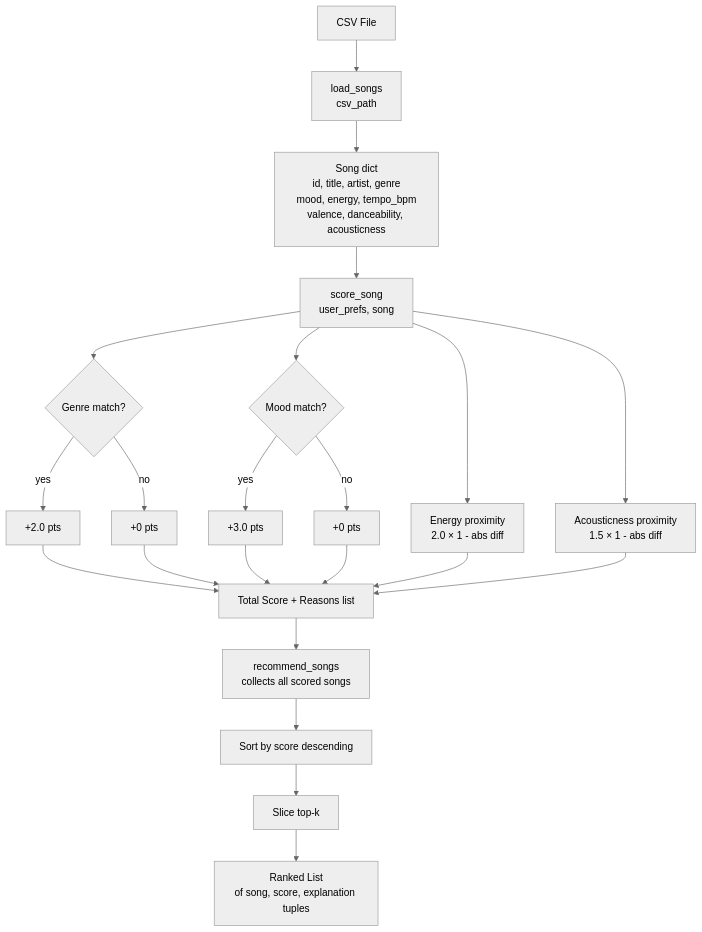
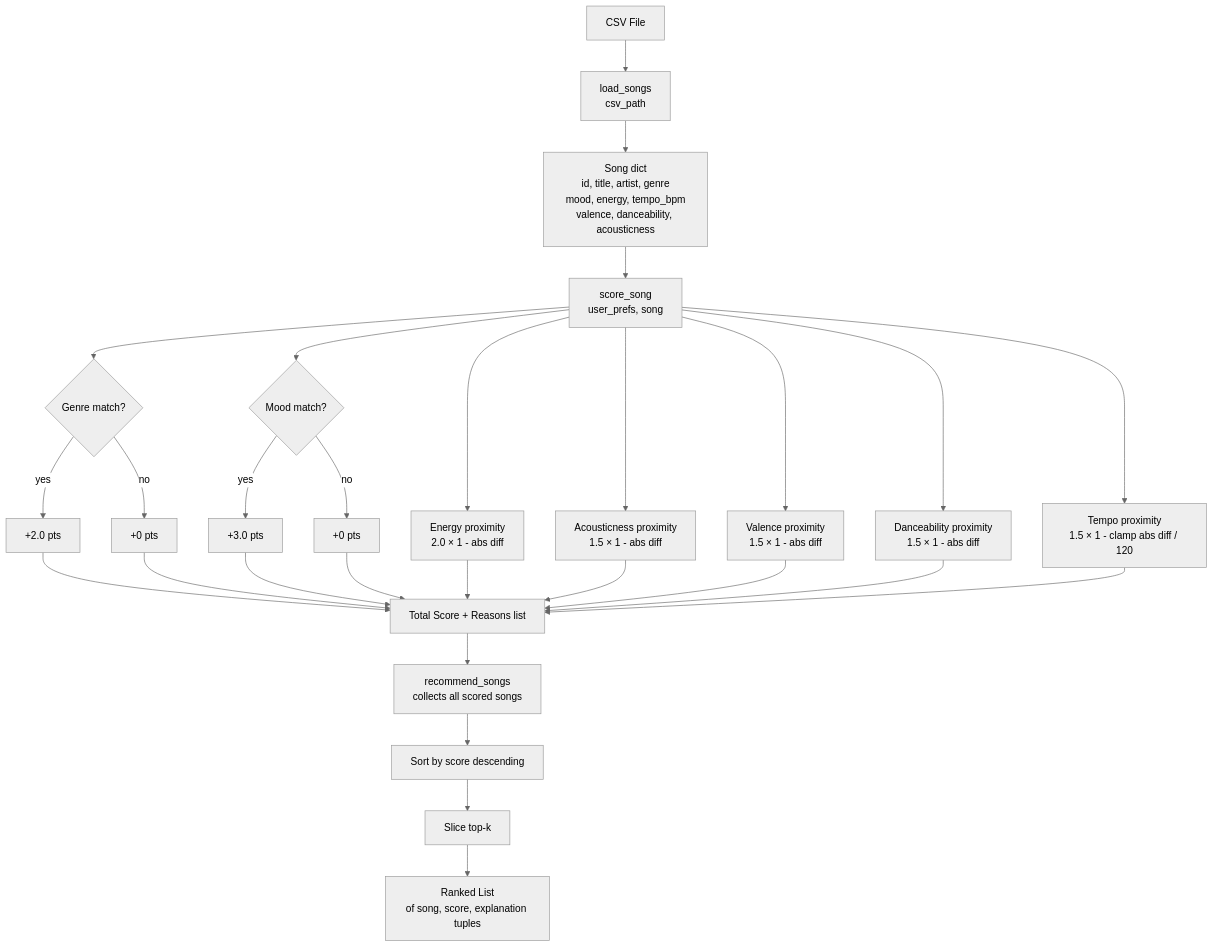
One commit to Rubey4112/ai110-module3show-musicrecommendersimulation-starter changed the diagram in diagram.mmd. Above: the diagram before and after it, drawn with Mermaid (neutral theme). The commit also changed 8 other files, not shown here.

Commit message:
Enhance recommendation logic in diagram and update model card with detailed explanations and future improvements

```diff
--- a/diagram.mmd
+++ b/diagram.mmd
@@ -1,22 +1,25 @@
 flowchart TD
     A[CSV File] --> B[load_songs\ncsv_path]
     B --> C[Song dict\nid, title, artist, genre\nmood, energy, tempo_bpm\nvalence, danceability, acousticness]
     C --> D[score_song\nuser_prefs, song]
 
     D --> E{Genre match?}
     E -- yes --> F[+2.0 pts]
     E -- no --> G[+0 pts]
 
     D --> H{Mood match?}
     H -- yes --> I[+3.0 pts]
     H -- no --> J[+0 pts]
 
     D --> K[Energy proximity\n2.0 × 1 - abs diff]
     D --> L[Acousticness proximity\n1.5 × 1 - abs diff]
+    D --> R[Valence proximity\n1.5 × 1 - abs diff]
+    D --> S[Danceability proximity\n1.5 × 1 - abs diff]
+    D --> T[Tempo proximity\n1.5 × 1 - clamp abs diff / 120]
 
-    F & G & I & J & K & L --> M[Total Score + Reasons list]
+    F & G & I & J & K & L & R & S & T --> M[Total Score + Reasons list]
 
     M --> N[recommend_songs\ncollects all scored songs]
     N --> O[Sort by score descending]
     O --> P[Slice top-k]
     P --> Q[Ranked List\nof song, score, explanation tuples]
```
